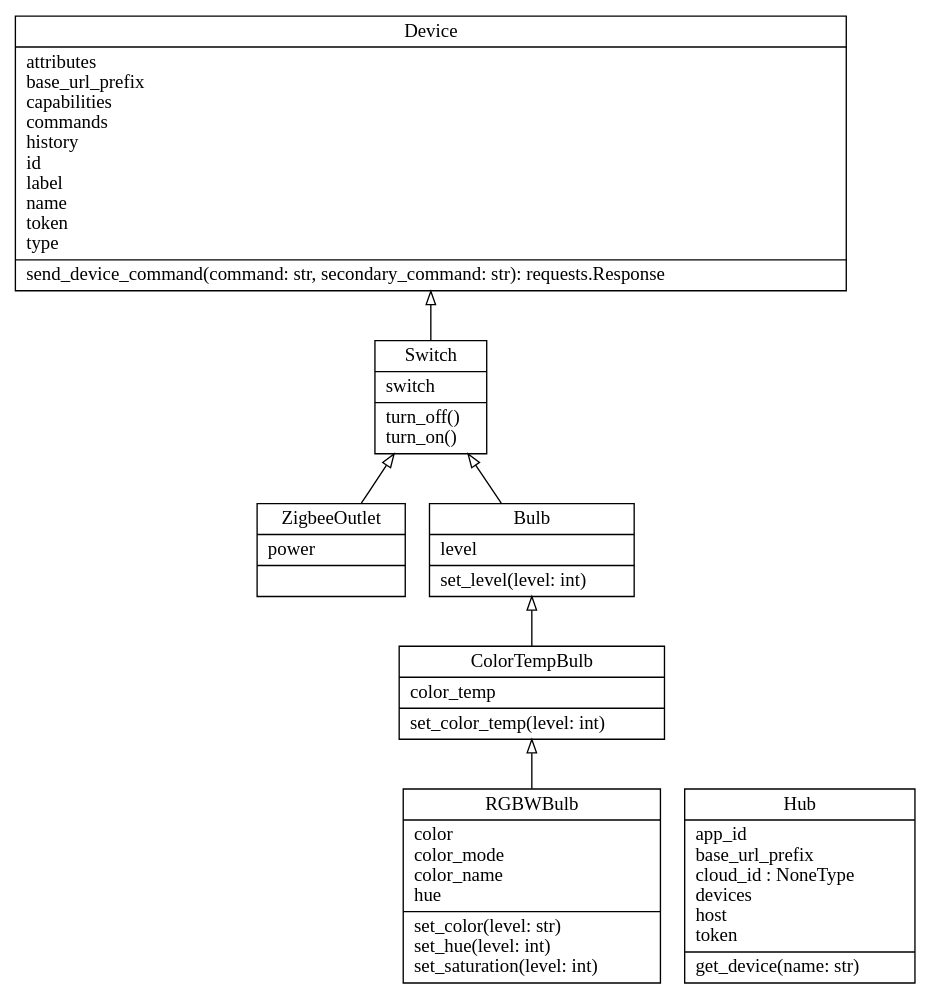
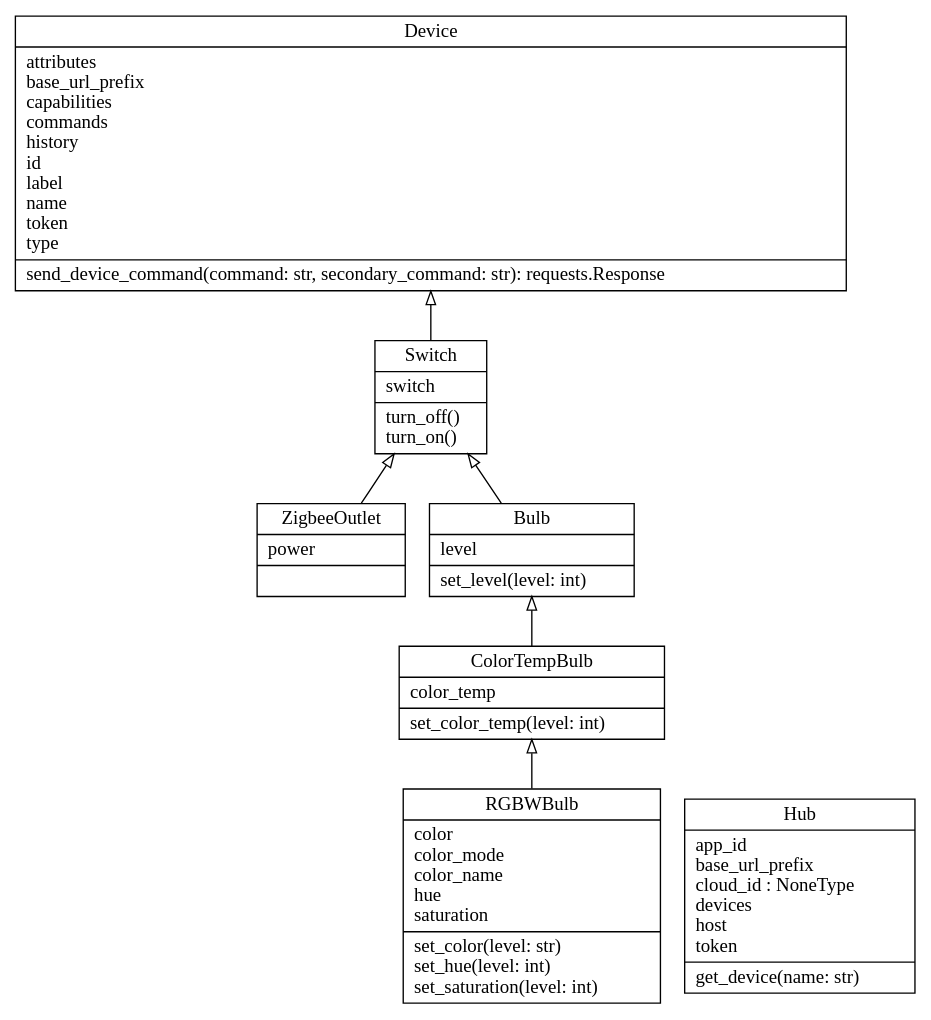
The diagram in docs/classes.dot (Jelloeater/hubitatcontrol), drawn with Graphviz before and after one commit. The commit also changed 5 other files, not shown here.

```diff
--- a/docs/classes.dot
+++ b/docs/classes.dot
@@ -1,16 +1,16 @@
 digraph "classes" {
 rankdir=BT
 charset="utf-8"
 "hubitatcontrol.lights.Bulb" [color="black", fontcolor="black", label="{Bulb|level\l|set_level(level: int)\l}", shape="record", style="solid"];
 "hubitatcontrol.lights.ColorTempBulb" [color="black", fontcolor="black", label="{ColorTempBulb|color_temp\l|set_color_temp(level: int)\l}", shape="record", style="solid"];
 "hubitatcontrol.hub.Device" [color="black", fontcolor="black", label="{Device|attributes\lbase_url_prefix\lcapabilities\lcommands\lhistory\lid\llabel\lname\ltoken\ltype\l|send_device_command(command: str, secondary_command: str): requests.Response\l}", shape="record", style="solid"];
 "hubitatcontrol.hub.Hub" [color="black", fontcolor="black", label="{Hub|app_id\lbase_url_prefix\lcloud_id : NoneType\ldevices\lhost\ltoken\l|get_device(name: str)\l}", shape="record", style="solid"];
-"hubitatcontrol.lights.RGBWBulb" [color="black", fontcolor="black", label="{RGBWBulb|color\lcolor_mode\lcolor_name\lhue\l|set_color(level: str)\lset_hue(level: int)\lset_saturation(level: int)\l}", shape="record", style="solid"];
+"hubitatcontrol.lights.RGBWBulb" [color="black", fontcolor="black", label="{RGBWBulb|color\lcolor_mode\lcolor_name\lhue\lsaturation\l|set_color(level: str)\lset_hue(level: int)\lset_saturation(level: int)\l}", shape="record", style="solid"];
 "hubitatcontrol.generic.Switch" [color="black", fontcolor="black", label="{Switch|switch\l|turn_off()\lturn_on()\l}", shape="record", style="solid"];
 "hubitatcontrol.generic.ZigbeeOutlet" [color="black", fontcolor="black", label="{ZigbeeOutlet|power\l|}", shape="record", style="solid"];
 "hubitatcontrol.generic.Switch" -> "hubitatcontrol.hub.Device" [arrowhead="empty", arrowtail="none"];
 "hubitatcontrol.generic.ZigbeeOutlet" -> "hubitatcontrol.generic.Switch" [arrowhead="empty", arrowtail="none"];
 "hubitatcontrol.lights.Bulb" -> "hubitatcontrol.generic.Switch" [arrowhead="empty", arrowtail="none"];
 "hubitatcontrol.lights.ColorTempBulb" -> "hubitatcontrol.lights.Bulb" [arrowhead="empty", arrowtail="none"];
 "hubitatcontrol.lights.RGBWBulb" -> "hubitatcontrol.lights.ColorTempBulb" [arrowhead="empty", arrowtail="none"];
 }
```
